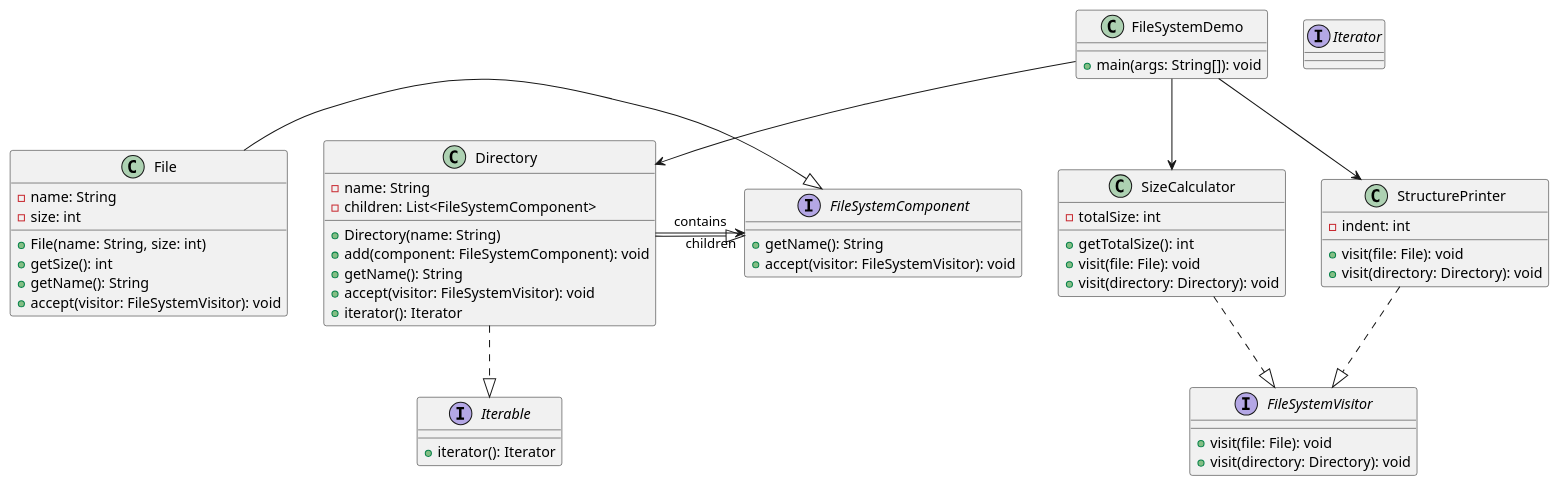
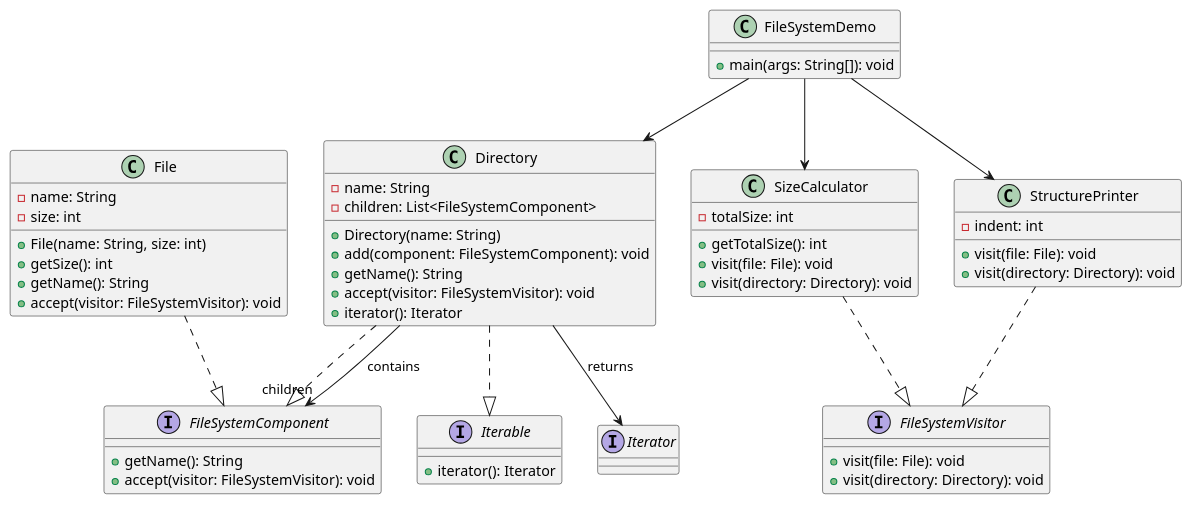
The diagram in src/uml.puml (gthdtasdnm/patterns), drawn with PlantUML before and after one commit. The commit also changed other lines of this file and 1 other file, not shown here.

```diff
--- a/src/uml.puml
+++ b/src/uml.puml
@@ -1,71 +1,72 @@
 @startuml FileSystemDemo
 
 ' === Interfaces ===
 interface FileSystemComponent {
     +getName(): String
     +accept(visitor: FileSystemVisitor): void
 }
 
 interface FileSystemVisitor {
     +visit(file: File): void
     +visit(directory: Directory): void
 }
 
 interface Iterable {
     +iterator(): Iterator
 }
 
 interface Iterator {
 }
 
 ' === Classes ===
 class File {
     -name: String
     -size: int
     +File(name: String, size: int)
     +getSize(): int
     +getName(): String
     +accept(visitor: FileSystemVisitor): void
 }
 
 class Directory {
     -name: String
     -children: List<FileSystemComponent>
     +Directory(name: String)
     +add(component: FileSystemComponent): void
     +getName(): String
     +accept(visitor: FileSystemVisitor): void
     +iterator(): Iterator
 }
 
 class SizeCalculator {
     -totalSize: int
     +getTotalSize(): int
     +visit(file: File): void
     +visit(directory: Directory): void
 }
 
 class StructurePrinter {
     -indent: int
     +visit(file: File): void
     +visit(directory: Directory): void
 }
 
 class FileSystemDemo {
     +main(args: String[]): void
 }
 
-' === Relationships ===
-File -|> FileSystemComponent
-Directory -|> FileSystemComponent
+' === Correct UML relationships ===
+File ..|> FileSystemComponent
+Directory ..|> FileSystemComponent
 Directory ..|> Iterable
-Directory --> "children" FileSystemComponent : contains
 
 SizeCalculator ..|> FileSystemVisitor
 StructurePrinter ..|> FileSystemVisitor
 
+Directory --> "children" FileSystemComponent : contains
 FileSystemDemo --> Directory
 FileSystemDemo --> SizeCalculator
 FileSystemDemo --> StructurePrinter
+Directory --> Iterator : returns
 
 @enduml
```
